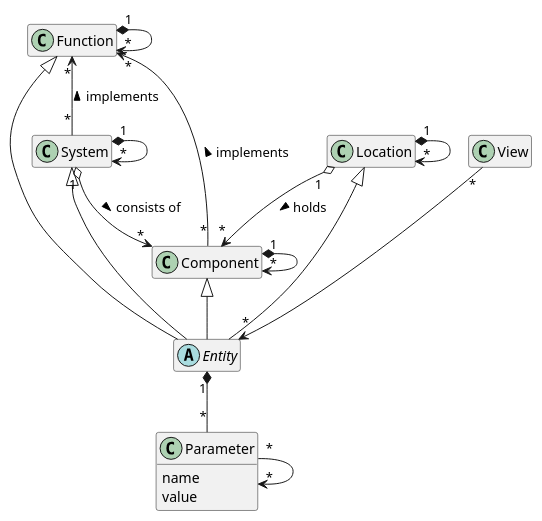
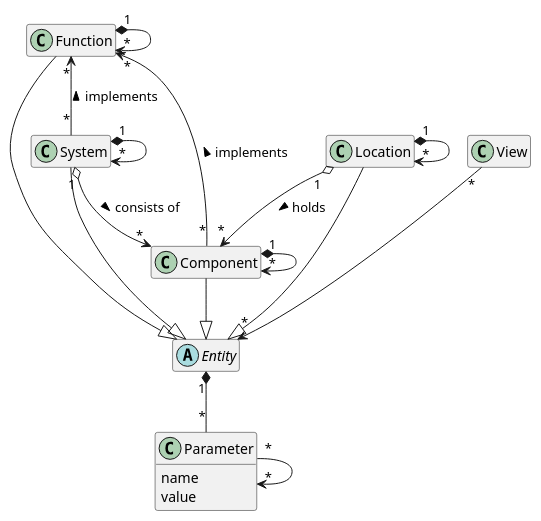
One commit to onouv/fscl changed the first of 4 diagrams in doc/fscl/Core Domain Model.md. Above: the diagram before and after it, drawn with PlantUML.

Commit message:
fix core domain model plantuml

````diff
--- a/doc/fscl/Core Domain Model.md
+++ b/doc/fscl/Core Domain Model.md
@@ -7,31 +7,31 @@
 ```plantuml
 hide empty members
 abstract class Entity
 class Function
 class Component
 class System
 class Location
 class Parameter {
 	name
 	value
 }
 class View
 
 Entity "1" *-- "*" Parameter
 Parameter "*" --> "*" Parameter
 View "*" ---> "*" Entity
-Function <|-- Entity
-Component <|-- Entity
-System <|-- Entity
-Location <|-- Entity
+Function --|> Entity
+Component --|> Entity
+System --|> Entity
+Location --|> Entity
 
 Function "*" <-- "*" System: implements <
 Function "*" <-- "*" Component: implements <
 System "1" o--> "*" Component: consists of >
 Location "1" o--> "*" Component: holds >
 
 Function "1" *--> "*" Function 
 System  "1" *--> "*" System
 Component  "1" *--> "*" Component
 Location  "1" *--> "*" Location
 ```
````
